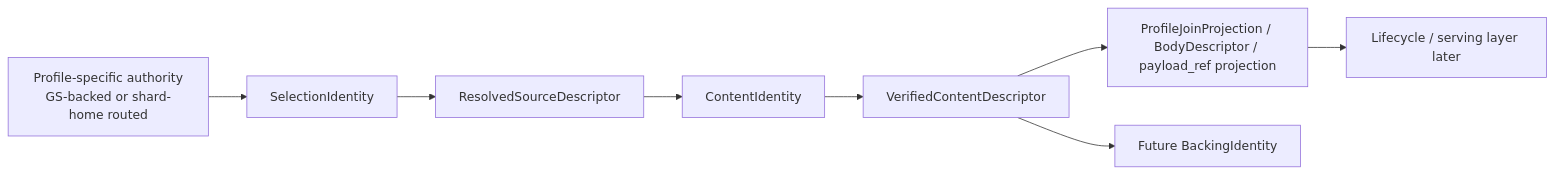
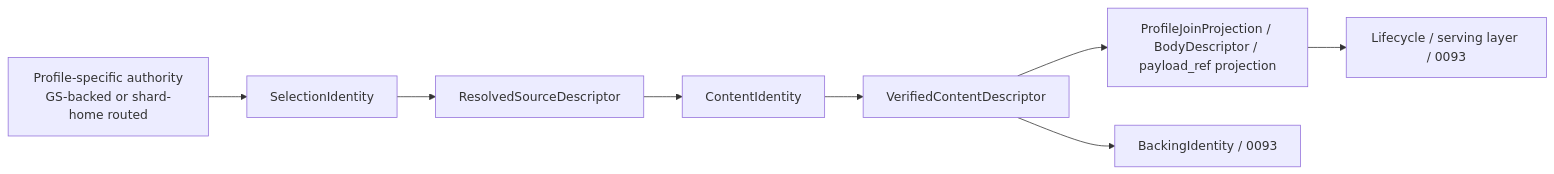
One commit to tensorcast-ai/tensorcast changed the diagram in docs/designs/0091-selection-identity-resolved-source-and-verified-content-descriptor.md. Above: the diagram before and after it, drawn with Mermaid. The commit also changed other lines of this file and 33 other files, not shown here.

First line of the commit message:
feat(artifact): land 0093 backing identity and serving lifecycle

````diff
--- a/docs/designs/0091-selection-identity-resolved-source-and-verified-content-descriptor.md
+++ b/docs/designs/0091-selection-identity-resolved-source-and-verified-content-descriptor.md
@@ -202,10 +203,10 @@
 ```mermaid
 flowchart LR
   A["Profile-specific authority<br>GS-backed or shard-home routed"] --> B["SelectionIdentity"]
   B --> C["ResolvedSourceDescriptor"]
   C --> D["ContentIdentity"]
   D --> E["VerifiedContentDescriptor"]
   E --> F["ProfileJoinProjection / BodyDescriptor / payload_ref projection"]
-  E --> G["Future BackingIdentity"]
-  F --> H["Lifecycle / serving layer later"]
+  E --> G["BackingIdentity / 0093"]
+  F --> H["Lifecycle / serving layer / 0093"]
 ```
````
